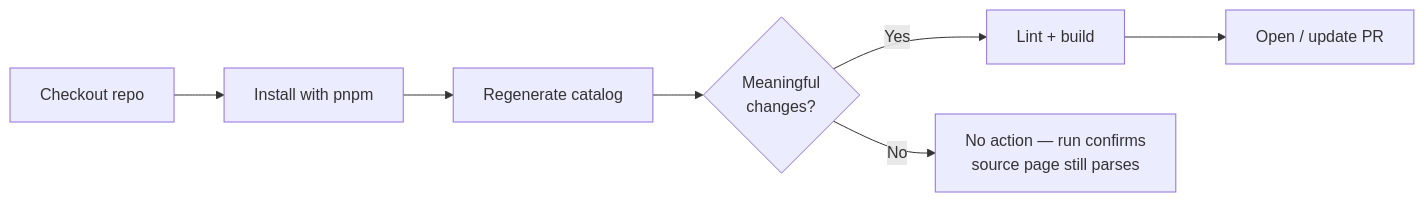
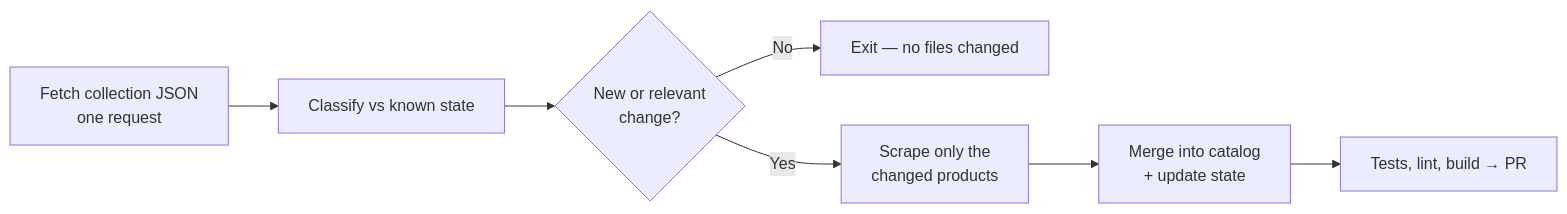
One commit to WestbergLabs/tap-planner changed the second of 3 diagrams in docs/DEVELOPMENT.md. Above: the diagram before and after it, drawn with Mermaid. The commit also changed other lines of this file and 10 other files, not shown here.

````diff
--- a/docs/DEVELOPMENT.md
+++ b/docs/DEVELOPMENT.md
@@ -356,9 +369,9 @@
 ```mermaid
 flowchart LR
-    A[Checkout repo] --> B[Install with pnpm]
-    B --> C[Regenerate catalog]
-    C --> D{Meaningful\nchanges?}
-    D -->|Yes| E[Lint + build]
-    E --> F[Open / update PR]
-    D -->|No| G[No action — run confirms\nsource page still parses]
+    A[Fetch collection JSON<br/>one request] --> B[Classify vs known state]
+    B --> C{New or relevant<br/>change?}
+    C -->|No| D[Exit — no files changed]
+    C -->|Yes| E[Scrape only the<br/>changed products]
+    E --> F[Merge into catalog<br/>+ update state]
+    F --> G[Tests, lint, build → PR]
 ```
````
